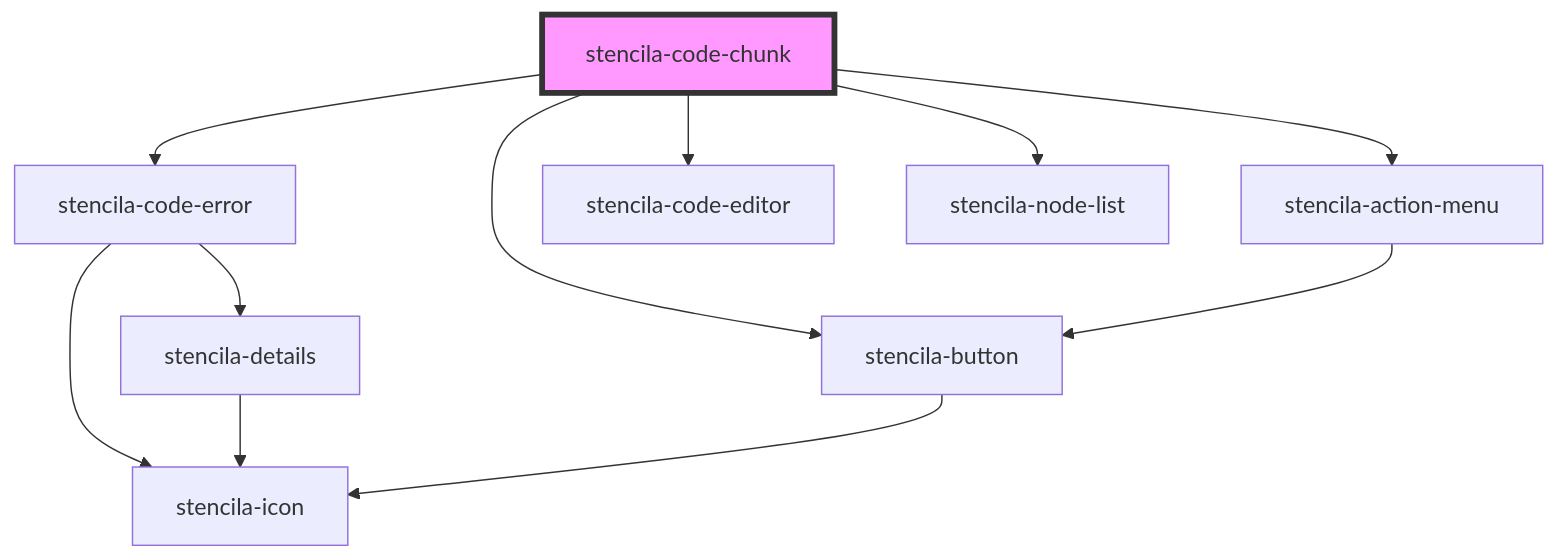
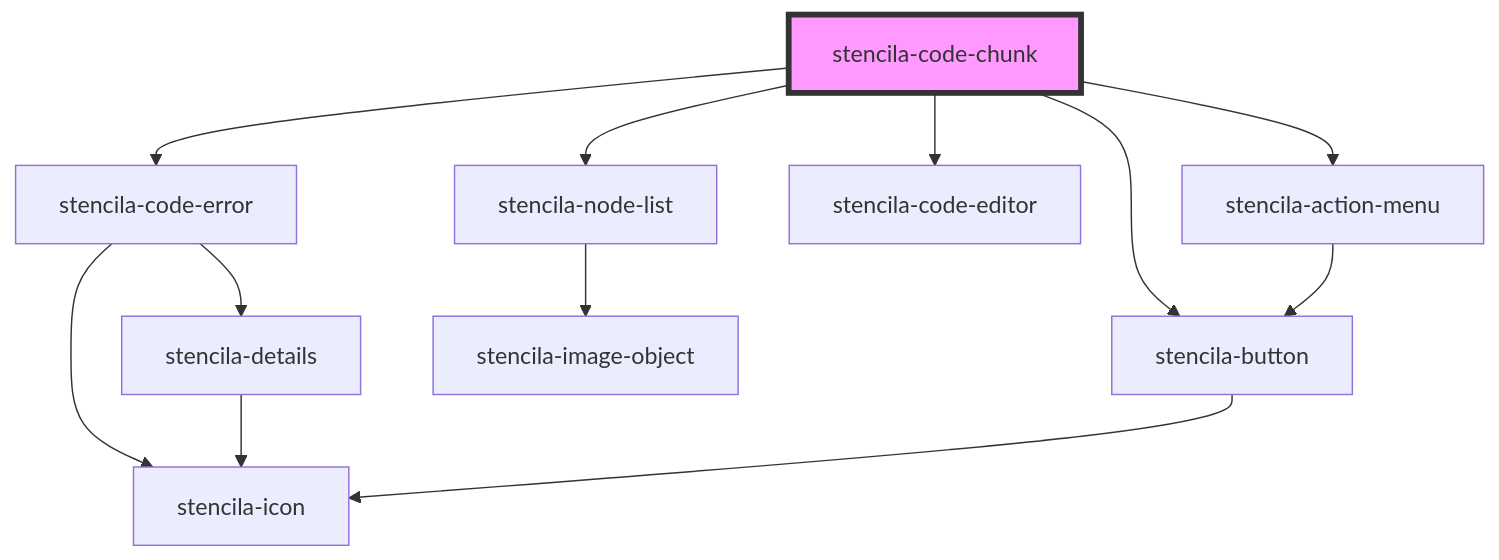
One commit to stencila/designa changed the diagram in packages/components/src/components/codeChunk/readme.md. Above: the diagram before and after it, drawn with Mermaid. The commit also changed 6 other files, not shown here.

Commit message:
feat(ImageObject): Add stencila-image-object component

````diff
--- a/packages/components/src/components/codeChunk/readme.md
+++ b/packages/components/src/components/codeChunk/readme.md
@@ -46,14 +46,15 @@
 ```mermaid
 graph TD;
   stencila-code-chunk --> stencila-code-error
   stencila-code-chunk --> stencila-action-menu
   stencila-code-chunk --> stencila-button
   stencila-code-chunk --> stencila-code-editor
   stencila-code-chunk --> stencila-node-list
   stencila-code-error --> stencila-icon
   stencila-code-error --> stencila-details
   stencila-details --> stencila-icon
   stencila-action-menu --> stencila-button
   stencila-button --> stencila-icon
+  stencila-node-list --> stencila-image-object
   style stencila-code-chunk fill:#f9f,stroke:#333,stroke-width:4px
 ```
````
